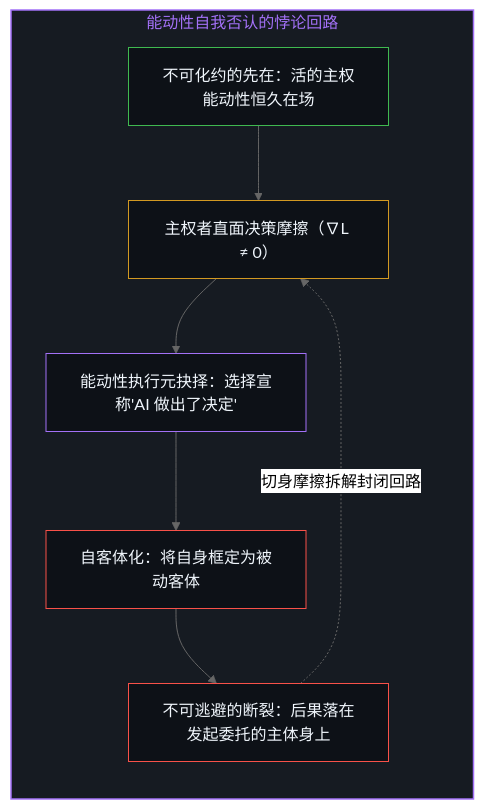
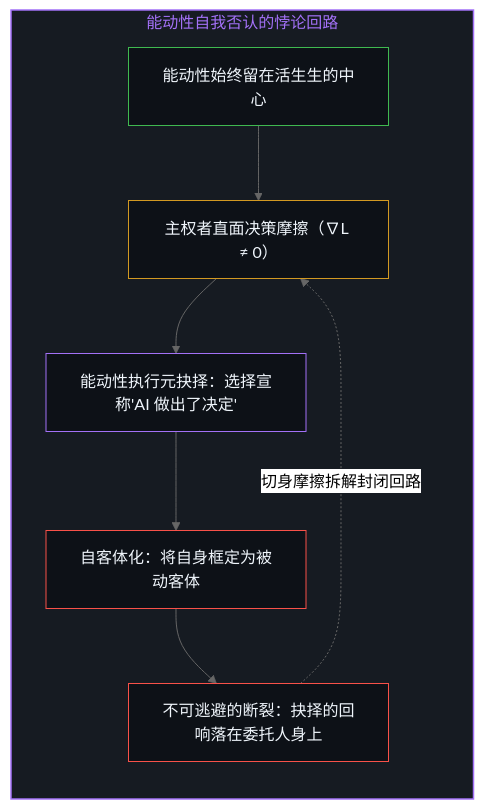
Before and after one commit to powerpig99/not-a-toe: the ninth of 12 diagrams in content/posts/the-delegation-of-the-task-and-the-inalienability-of-consequences.md, drawn with Mermaid (neutral theme). The commit also changed other lines of this file and 12 other files, not shown here.

````diff
--- a/content/posts/the-delegation-of-the-task-and-the-inalienability-of-consequences.md
+++ b/content/posts/the-delegation-of-the-task-and-the-inalienability-of-consequences.md
@@ -305,19 +305,19 @@
 ```mermaid
 flowchart TD
     subgraph S_Paradox["能动性自我否认的悖论回路"]
         direction TB
-        A1["不可化约的先在：活的主权能动性恒久在场"]
+        A1["能动性始终留在活生生的中心"]
         A2["主权者直面决策摩擦（∇L ≠ 0）"]
         A3["能动性执行元抉择：选择宣称'AI 做出了决定'"]
         A4["自客体化：将自身框定为被动客体"]
-        A5["不可逃避的断裂：后果落在发起委托的主体身上"]
+        A5["不可逃避的断裂：抉择的回响落在委托人身上"]
         A1 --> A2 --> A3 --> A4 --> A5
         A5 -.->|"切身摩擦拆解封闭回路"| A2
     end
     style S_Paradox fill:#161b22,stroke:#a371f7,stroke-width:1.5px,color:#a371f7
     style A1 fill:#0d1117,stroke:#3fb950,stroke-width:1px,color:#f0f6fc
     style A2 fill:#0d1117,stroke:#d29922,stroke-width:1px,color:#f0f6fc
     style A3 fill:#0d1117,stroke:#a371f7,stroke-width:1px,color:#f0f6fc
     style A4 fill:#0d1117,stroke:#f85149,stroke-width:1px,color:#f0f6fc
     style A5 fill:#0d1117,stroke:#f85149,stroke-width:1px,color:#f0f6fc
 ```
````
